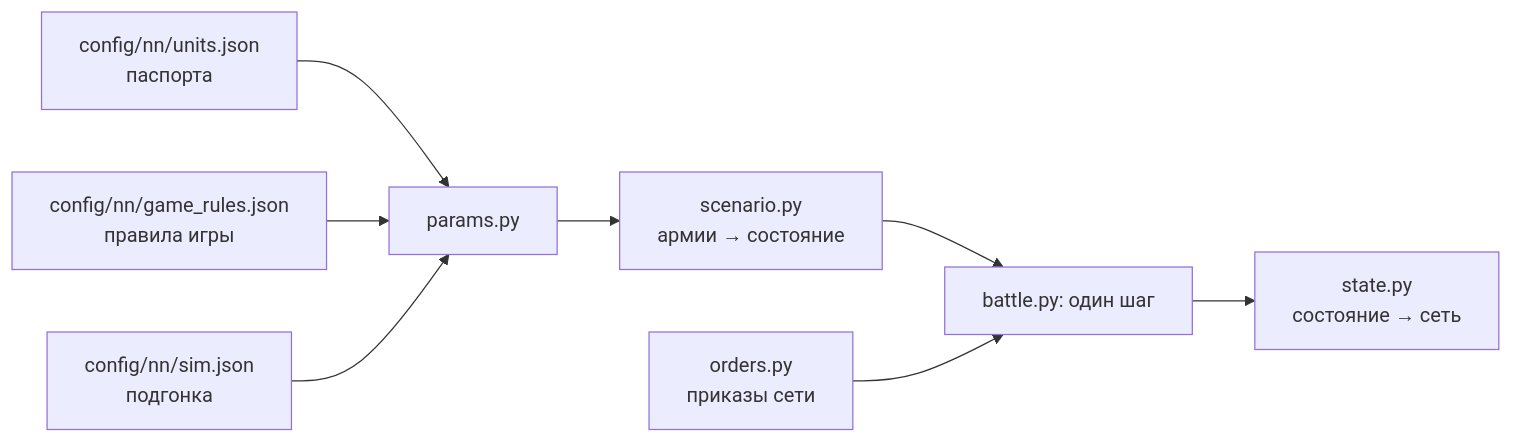
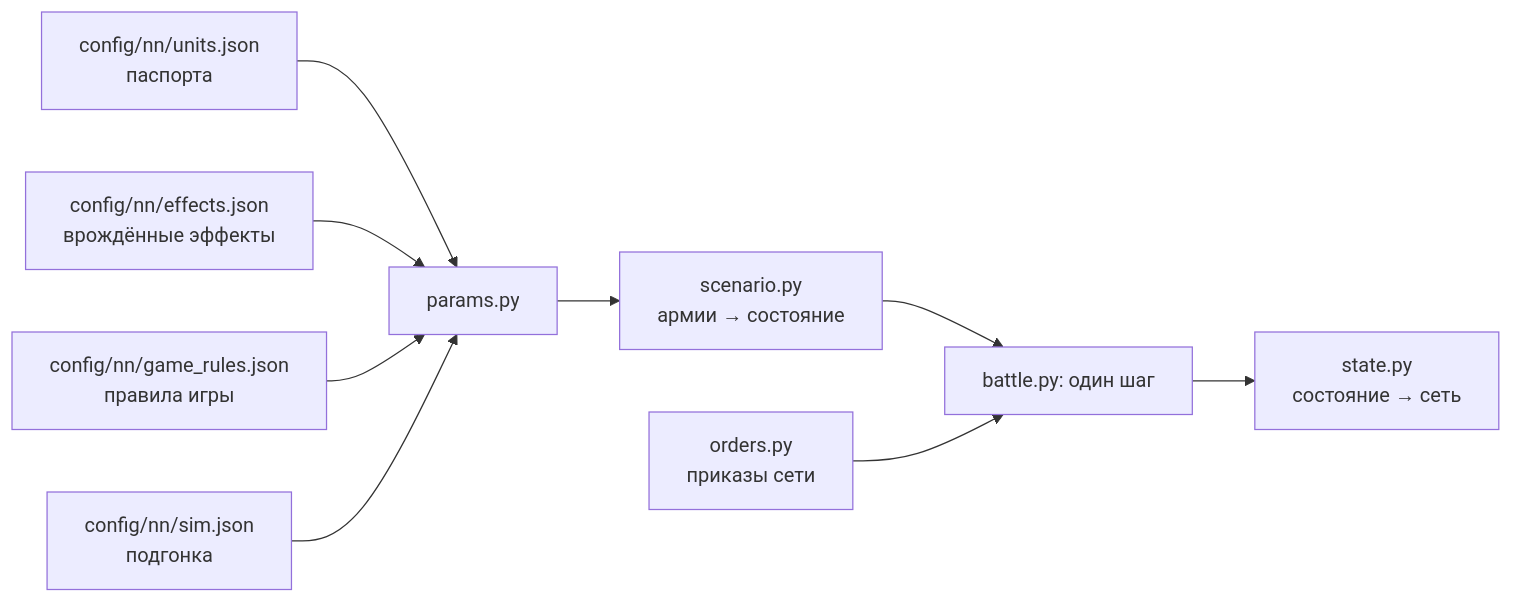
The diagram in docs/ru/training/simulator.md (DimaZero7/TWW3-batle-ai), drawn with Mermaid before and after one commit. The commit also changed other lines of this file and 65 other files, not shown here.

````diff
--- a/docs/ru/training/simulator.md
+++ b/docs/ru/training/simulator.md
@@ -36,10 +36,11 @@
 ```mermaid
 flowchart LR
   pass["config/nn/units.json<br/>паспорта"] --> params["params.py"]
+  fx["config/nn/effects.json<br/>врождённые эффекты"] --> params
   rules["config/nn/game_rules.json<br/>правила игры"] --> params
   cal["config/nn/sim.json<br/>подгонка"] --> params
   params --> scen["scenario.py<br/>армии → состояние"]
   scen --> step["battle.py: один шаг"]
   orders["orders.py<br/>приказы сети"] --> step
   step --> obs["state.py<br/>состояние → сеть"]
 ```
````
